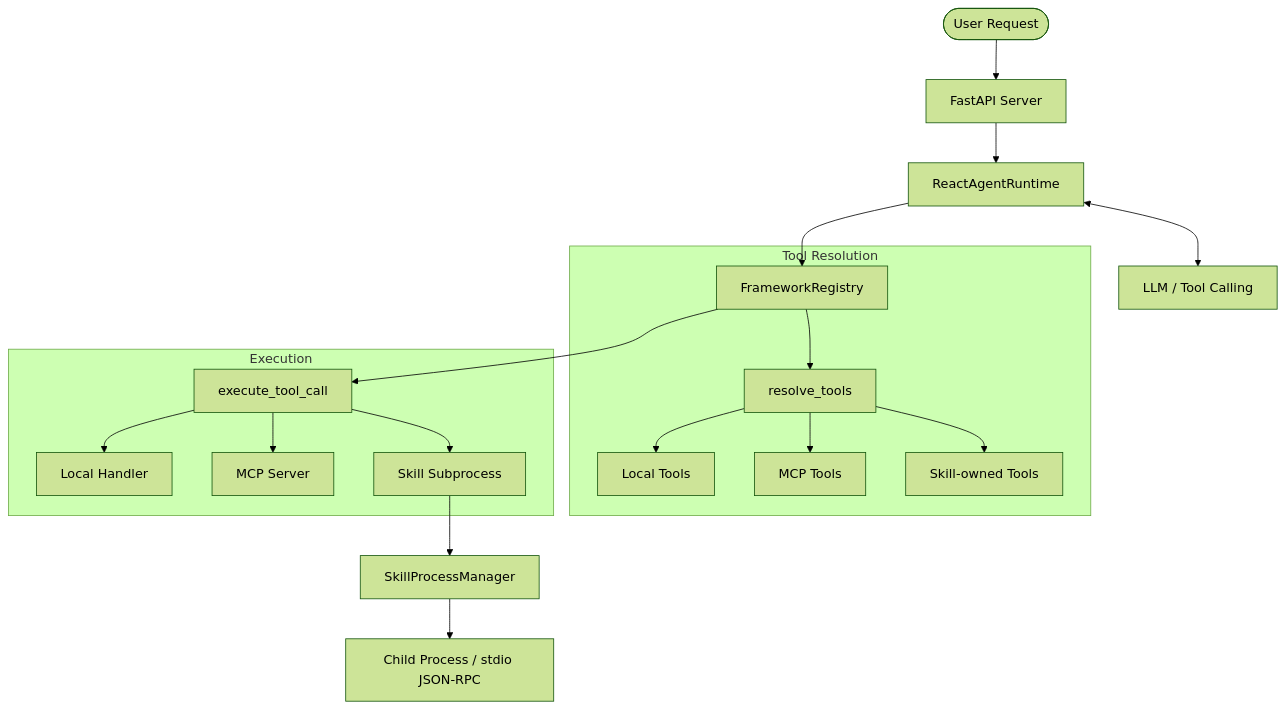
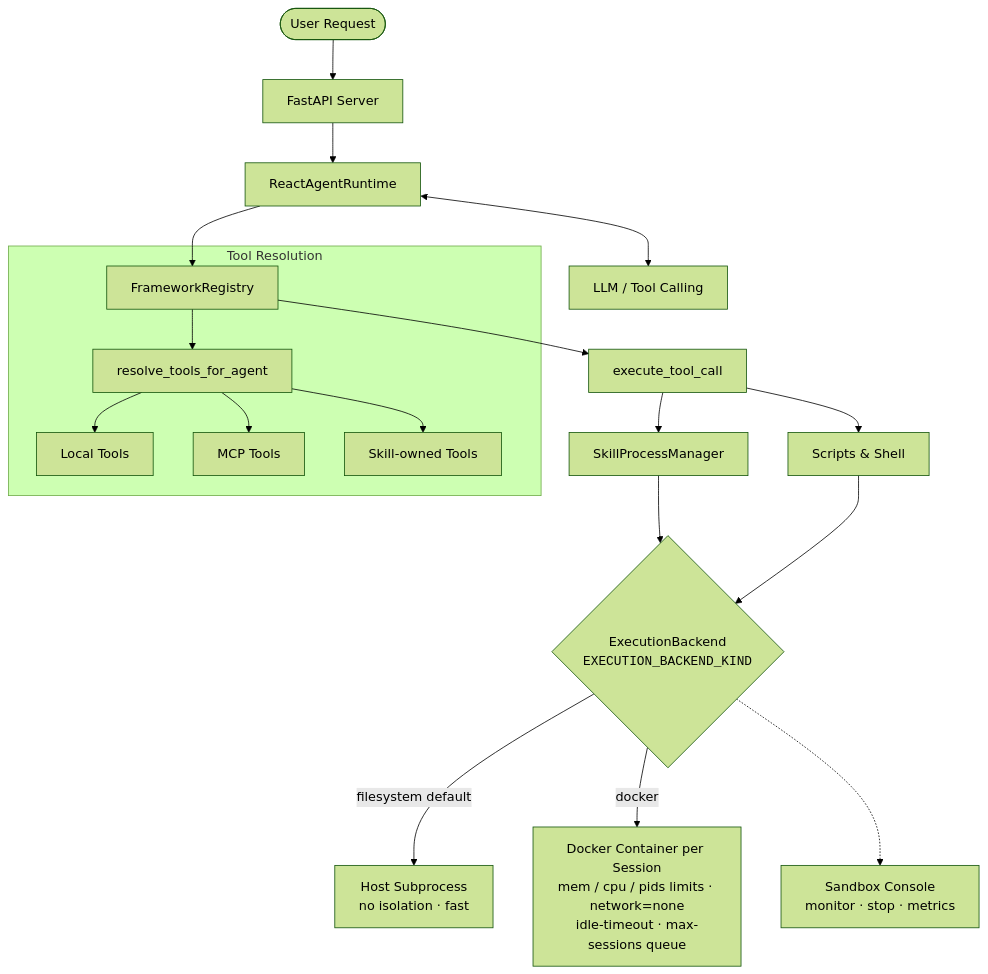
Before and after one commit to chijiang/Covalent: the diagram in README.md, drawn with Mermaid (forest theme). The commit also changed other lines of this file and 1 other file, not shown here.

````diff
--- a/README.md
+++ b/README.md
@@ -506,24 +514,25 @@
 ```mermaid
 graph TD
     Request([User Request]) --> API[FastAPI Server]
     API --> Runtime[ReactAgentRuntime]
     Runtime <--> LLM[LLM / Tool Calling]
     Runtime --> Registry[FrameworkRegistry]
-    
+
     subgraph Tool Resolution
-        Registry --> Resolve[resolve_tools]
+        Registry --> Resolve[resolve_tools_for_agent]
         Resolve --> Local[Local Tools]
         Resolve --> MCP[MCP Tools]
         Resolve --> SkillTools[Skill-owned Tools]
     end
-    
-    subgraph Execution
-        Registry --> Exec[execute_tool_call]
-        Exec --> Handler[Local Handler]
-        Exec --> MCPSrv[MCP Server]
-        Exec --> Subprocess[Skill Subprocess]
-    end
-    
-    Subprocess --> Pool[SkillProcessManager]
-    Pool --> Child[Child Process / stdio JSON-RPC]
+
+    Registry --> Exec[execute_tool_call]
+    Exec --> SPM[SkillProcessManager]
+    Exec --> Scripts[Scripts & Shell]
+
+    SPM --> Backend{ExecutionBackend<br/><code>EXECUTION_BACKEND_KIND</code>}
+    Scripts --> Backend
+
+    Backend -->|filesystem default| Host[Host Subprocess<br/>no isolation · fast]
+    Backend -->|docker| Docker[Docker Container per Session<br/>mem / cpu / pids limits · network=none<br/>idle-timeout · max-sessions queue]
+    Backend -.-> Admin[Sandbox Console<br/>monitor · stop · metrics]
 ```
````
